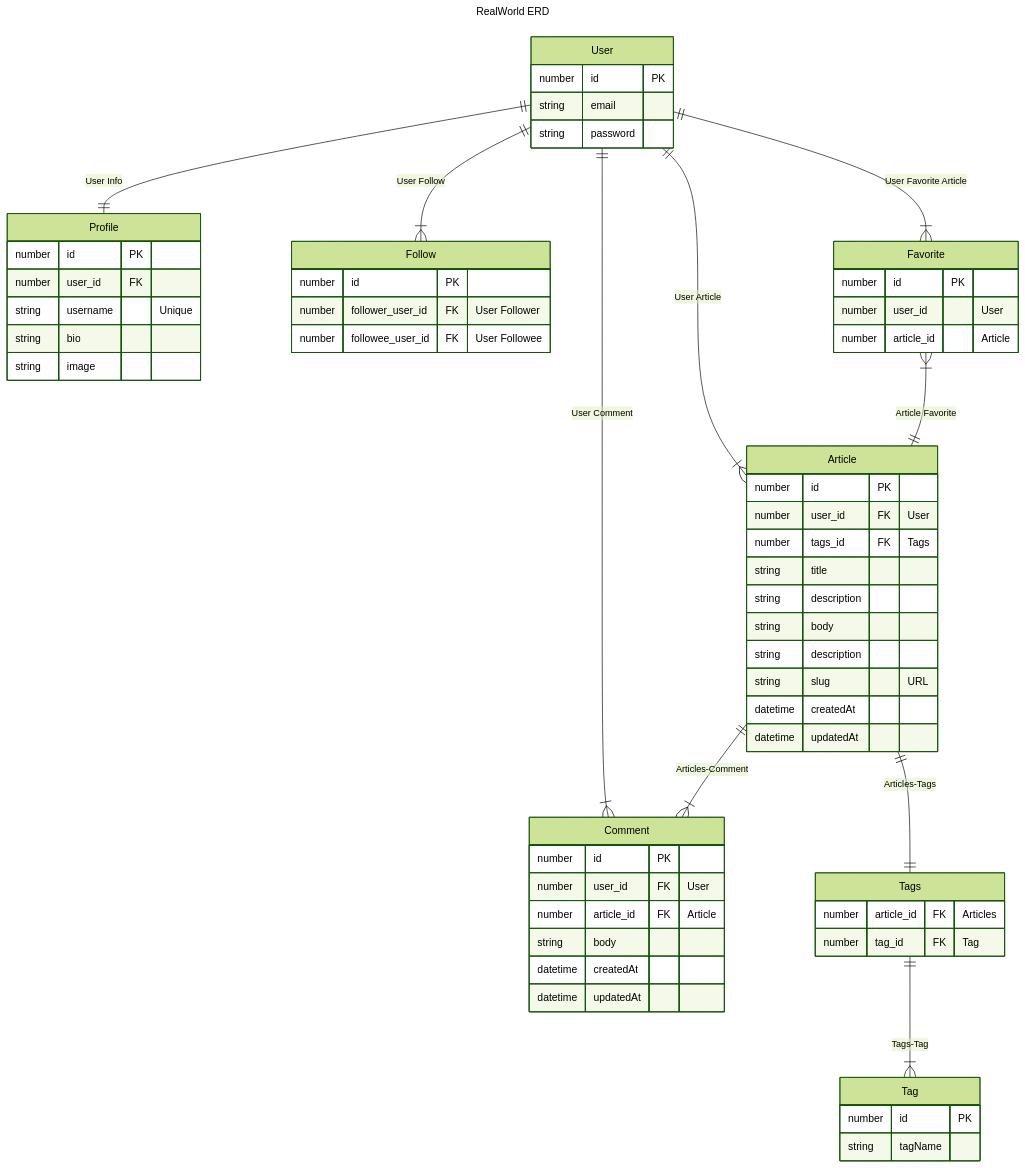
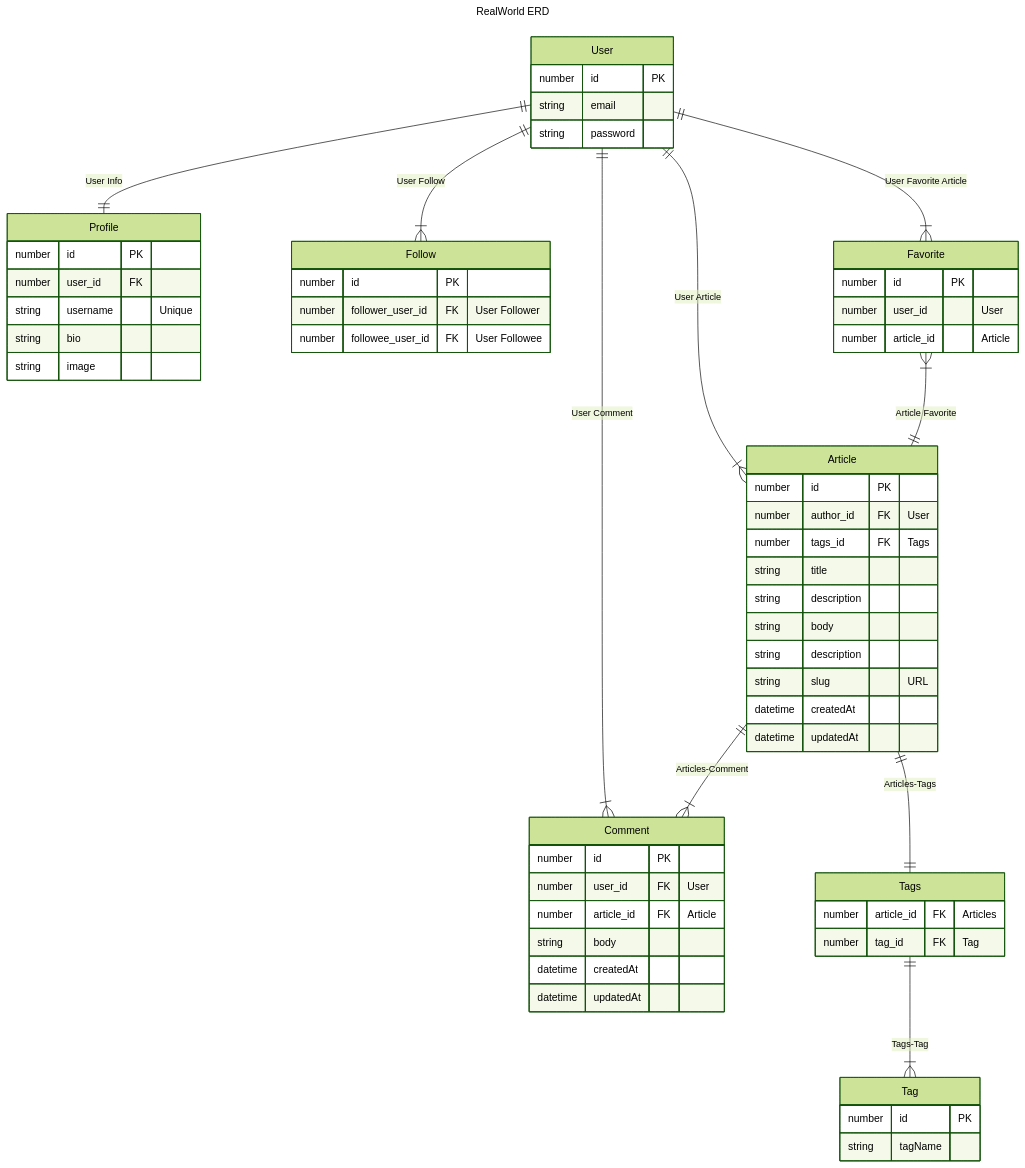
One commit to mon0mon/realworld_backend changed the diagram in docs/ERD.mmd. Above: the diagram before and after it, drawn with Mermaid (forest theme). The commit also changed 1 other file, not shown here.

```diff
--- a/docs/ERD.mmd
+++ b/docs/ERD.mmd
@@ -1,63 +1,63 @@
 ---
 title: RealWorld ERD
 ---
 erDiagram
     User ||--|| Profile : "User Info"
     User ||--|{ Article : "User Article"
     User ||--|{ Comment : "User Comment"
     User ||--|{ Follow : "User Follow"
     User ||--|{ Favorite : "User Favorite Article"
     Favorite }|--|| Article : "Article Favorite"
     Article ||--|{ Comment : "Articles-Comment"
     Article ||--|| Tags : "Articles-Tags"
     Tags ||--|{ Tag : "Tags-Tag"
     User {
         number id PK
         string email
         string password
     }
     Profile {
         number id PK
         number user_id FK
         string username "Unique"
         string bio
         string image
     }
     Article {
         number id PK
-        number user_id FK "User"
+        number author_id FK "User"
         number tags_id FK "Tags"
         string title
         string description
         string body
         string description
         string slug "URL"
         datetime createdAt
         datetime updatedAt
     }
     Favorite {
         number id PK
         number user_id "User"
         number article_id "Article"
     }
     Follow {
         number id PK
         number follower_user_id FK "User Follower"
         number followee_user_id FK "User Followee"
     }
     Comment {
         number id PK
         number user_id FK "User"
         number article_id FK "Article"
         string body
         datetime createdAt
         datetime updatedAt
     }
     Tags {
         number article_id FK "Articles"
         number tag_id FK "Tag"
     }
     Tag {
         number id PK
         string tagName
     }
```
